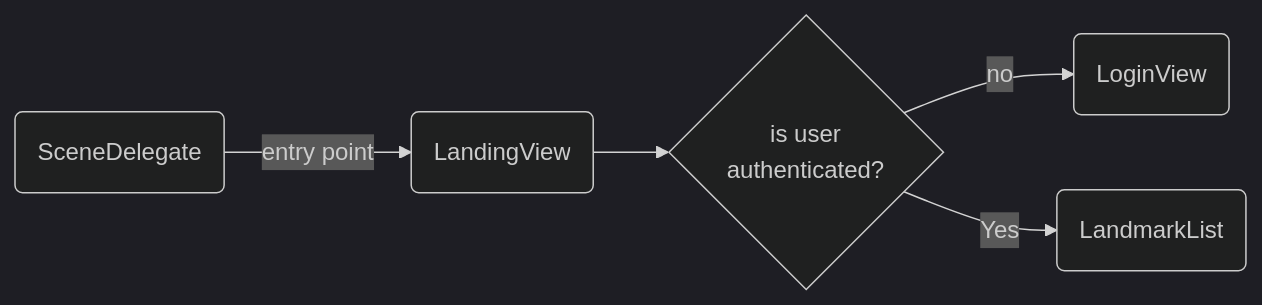
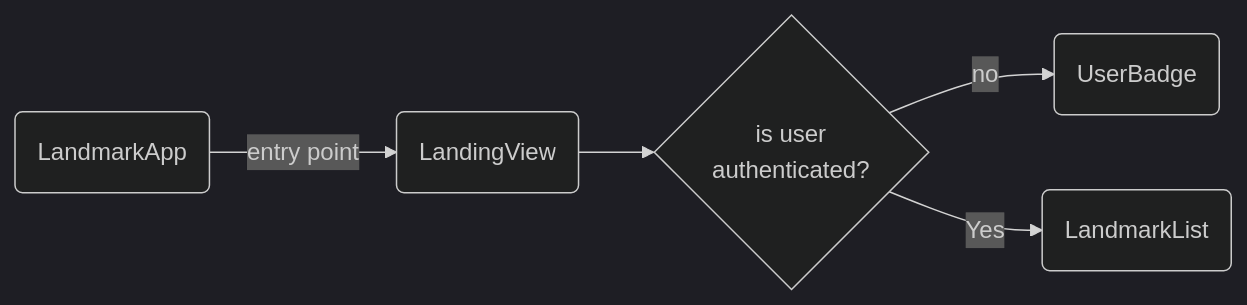
One commit to sebsto/amplify-ios-workshop changed the diagram in BOA332/instructions/content/30_add_authentication/20_client_code.md. Above: the diagram before and after it, drawn with Mermaid (dark theme). The commit also changed other lines of this file and 10 other files, not shown here.

```diff
--- a/BOA332/instructions/content/30_add_authentication/20_client_code.md
+++ b/BOA332/instructions/content/30_add_authentication/20_client_code.md
@@ -15,7 +15,7 @@
 {{<mermaid align="left">}}
 graph LR;
-    A(SceneDelegate) -->|entry point| B(LandingView)
+    A(LandmarkApp) -->|entry point| B(LandingView)
     B --> C{is user<br/>authenticated?}
-    C -->|no| D(LoginView)
+    C -->|no| D(UserBadge)
     C -->|Yes| E(LandmarkList)
 {{< /mermaid >}}
```
